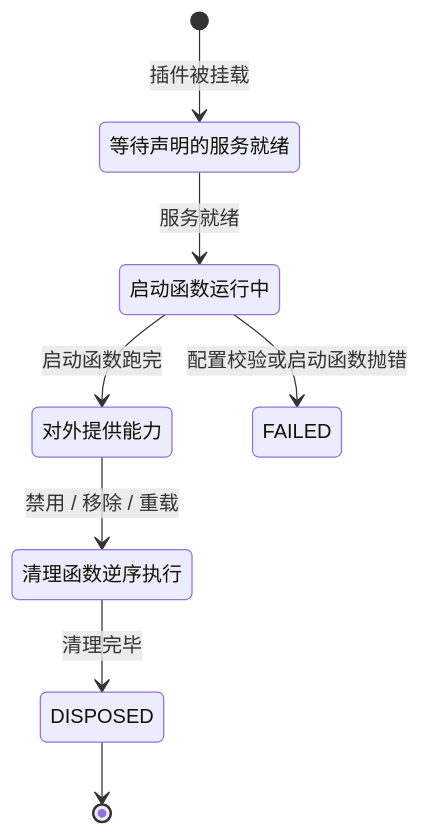
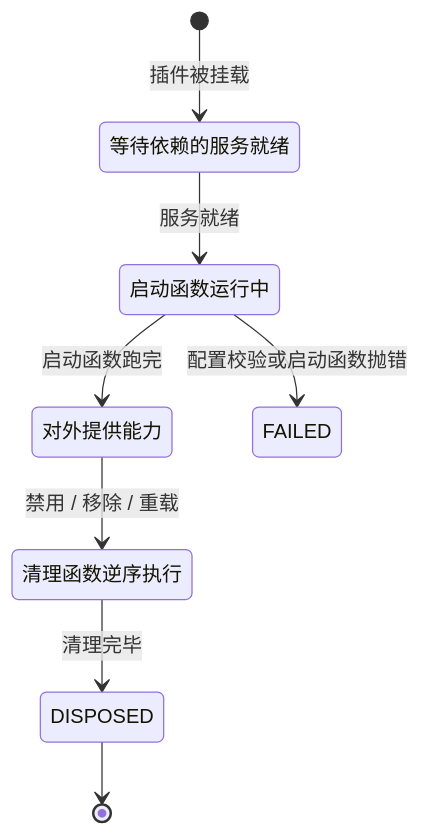
The first of 2 diagrams in dsh 插件开发学习/05-插件生命周期与 ctx.effect.md (anthonyzhao-4926/blog), drawn with Mermaid before and after one commit. The commit also changed other lines of this file and 1 other file, not shown here.

Commit message:
同步数据

````diff
--- a/dsh 插件开发学习/05-插件生命周期与 ctx.effect.md
+++ b/dsh 插件开发学习/05-插件生命周期与 ctx.effect.md
@@ -37,14 +37,14 @@
 ```mermaid
 stateDiagram-v2
     [*] --> PENDING: 插件被挂载
-    PENDING: 等待声明的服务就绪
+    PENDING: 等待依赖的服务就绪
     PENDING --> LOADING: 服务就绪
     LOADING: 启动函数运行中
     LOADING --> ACTIVE: 启动函数跑完
     LOADING --> FAILED: 配置校验或启动函数抛错
     ACTIVE: 对外提供能力
     ACTIVE --> UNLOADING: 禁用 / 移除 / 重载
     UNLOADING: 清理函数逆序执行
     UNLOADING --> DISPOSED: 清理完毕
     DISPOSED --> [*]
 ```
````
